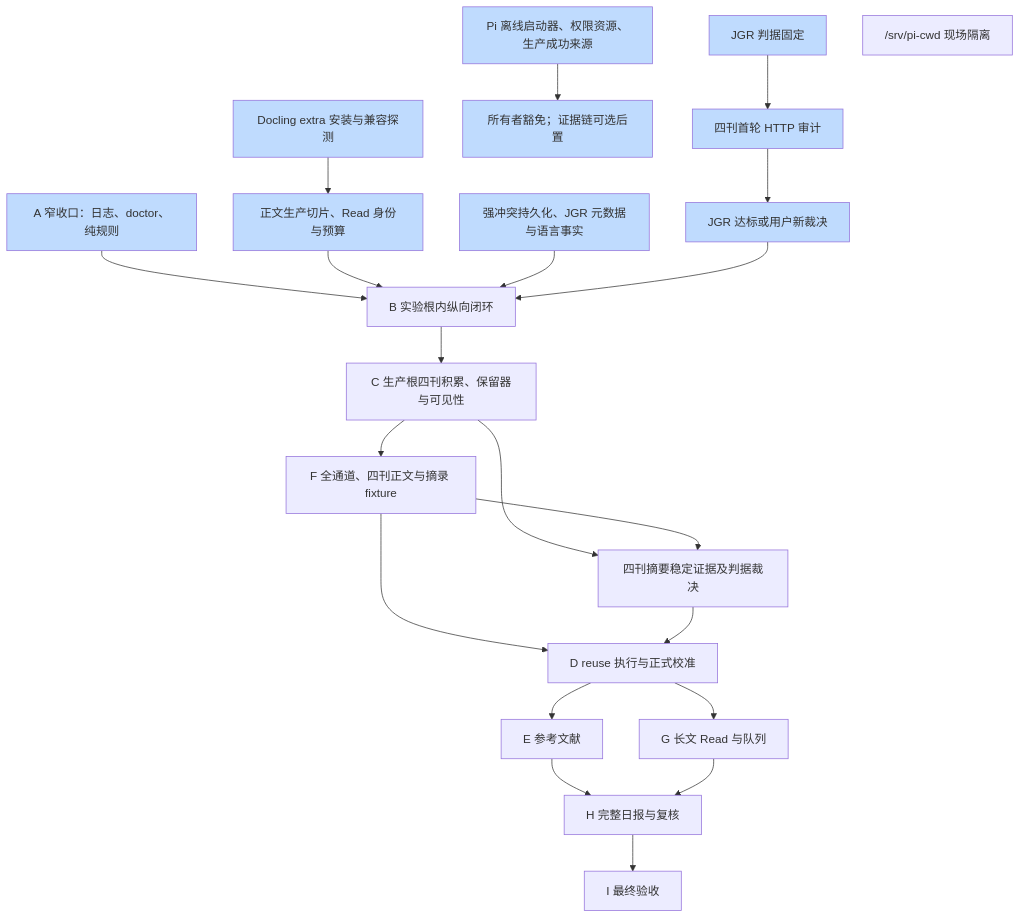
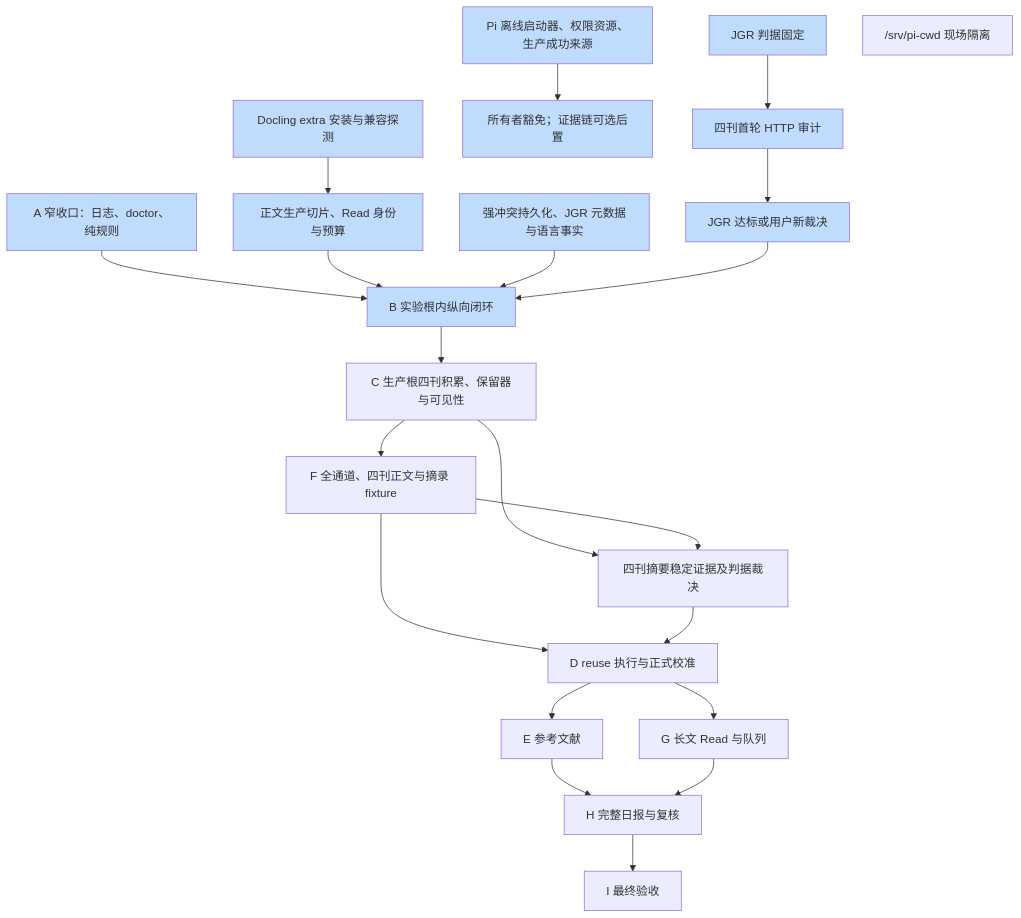
The diagram in docs/roadmap.md (MeteoBoy4/PaperRadar), drawn with Mermaid before and after one commit. The commit also changed other lines of this file and 15 other files, not shown here.

````diff
--- a/docs/roadmap.md
+++ b/docs/roadmap.md
@@ -19,25 +21,25 @@
 ```mermaid
 flowchart TD
   J[JGR 判据固定] --> Audit[四刊首轮 HTTP 审计]
   Audit --> Source[JGR 达标或用户新裁决]
   A[A 窄收口：日志、doctor、纯规则] --> B[B 实验根内纵向闭环]
   Pi[Pi 离线启动器、权限资源、生产成功来源] --> Live[所有者豁免；证据链可选后置]
   Cwd["/srv/pi-cwd 现场隔离"]
   Extra[Docling extra 安装与兼容探测] --> Body[正文生产切片、Read 身份与预算]
   Body --> B
   Feed[强冲突持久化、JGR 元数据与语言事实] --> B
   Source --> B
   B --> C[C 生产根四刊积累、保留器与可见性]
   C --> F[F 全通道、四刊正文与摘录 fixture]
   C --> Abstract[四刊摘要稳定证据及判据裁决]
   F --> Abstract
   F --> D[D reuse 执行与正式校准]
   Abstract --> D
   D --> E[E 参考文献]
   D --> G[G 长文 Read 与队列]
   E --> H[H 完整日报与复核]
   G --> H
   H --> I[I 最终验收]
   classDef completed fill:#bfdbfe
-  class J,Audit,Source,A,Pi,Live,Extra,Body,Feed completed
+  class J,Audit,Source,A,Pi,Live,Extra,Body,Feed,B completed
 ```
````
